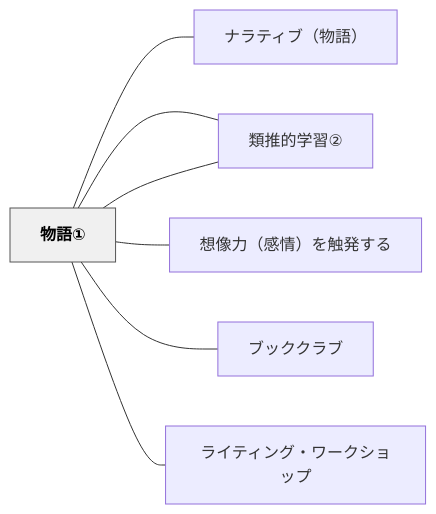
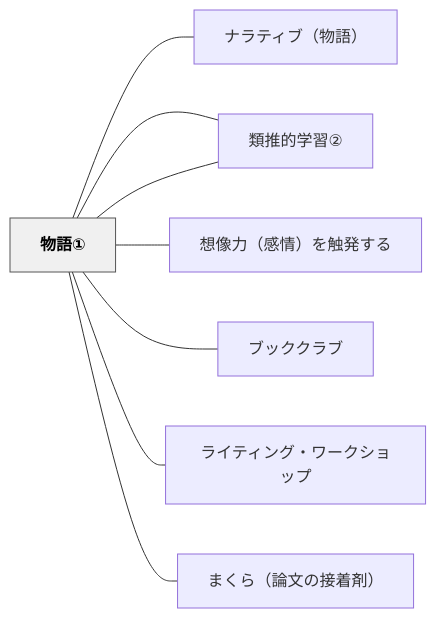
The diagram in content/パタン/物語①.md (unknownthings-ed-patterns/unknownthings-ed-patterns), drawn with Mermaid before and after one commit. The commit also changed other lines of this file and 17 other files, not shown here.

````diff
--- a/content/パタン/物語①.md
+++ b/content/パタン/物語①.md
@@ -73,20 +74,22 @@
 ```mermaid
 flowchart LR
     ne789a9e8aa9e["物語①"]
     ne3838ae383a9["ナラティブ（物語）"]
     ne9a19ee68ea8["類推的学習①"]
     ne683b3e5838f["想像力（感情）を触発する"]
     ne9a19ee68ea8["類推的学習②"]
     ne38396e38383["ブッククラブ"]
     ne383a9e382a4["ライティング・ワークショップ"]
+    ne381bee3818f["まくら（論文の接着剤）"]
 
     ne789a9e8aa9e --- ne3838ae383a9
     ne789a9e8aa9e --- ne9a19ee68ea8
     ne789a9e8aa9e --- ne683b3e5838f
     ne789a9e8aa9e --- ne9a19ee68ea8
     ne789a9e8aa9e --- ne38396e38383
     ne789a9e8aa9e --- ne383a9e382a4
+    ne789a9e8aa9e --- ne381bee3818f
 
     classDef hub fill:#f0f0f0,stroke:#555,color:#000,font-weight:bold
     class ne789a9e8aa9e hub
 ```
````
